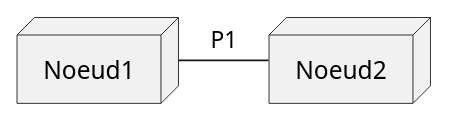
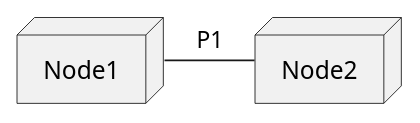
The diagram in plant_uml/communicationRelationExample.plantuml (gigl-uml/Guide_uml_polymtl), drawn with PlantUML before and after one commit. The commit also changed 17 other files, not shown here.

Commit message:
Added deployment section of deployment diagram

```diff
--- a/plant_uml/communicationRelationExample.plantuml
+++ b/plant_uml/communicationRelationExample.plantuml
@@ -1,8 +1,8 @@
 @startuml
 
-node Noeud1 
-node Noeud2
+node Node1 
+node Node2
 
-Noeud1 -r-- Noeud2: P1
+Node1 -r-- Node2: P1
 
 @enduml
```
